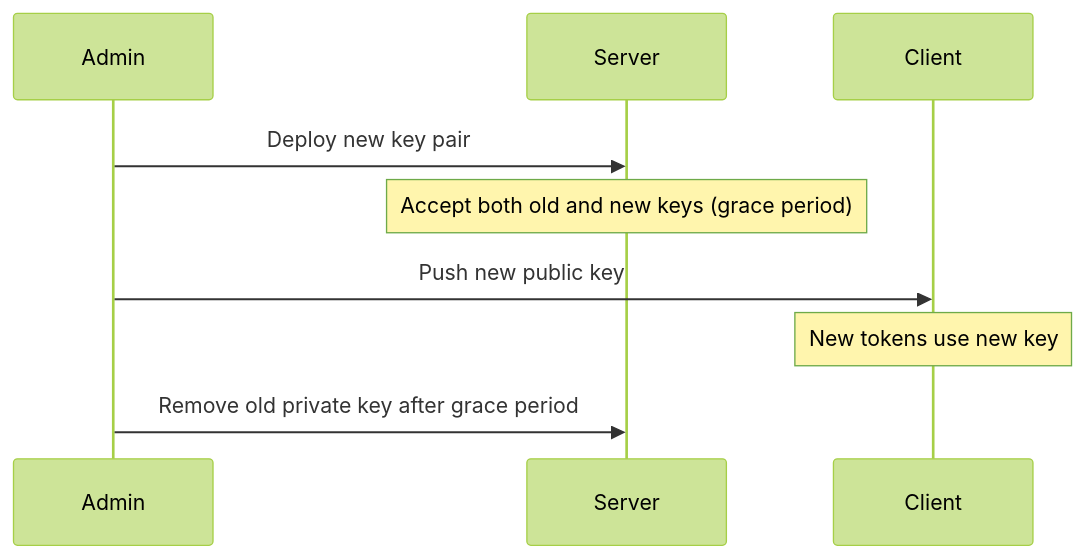
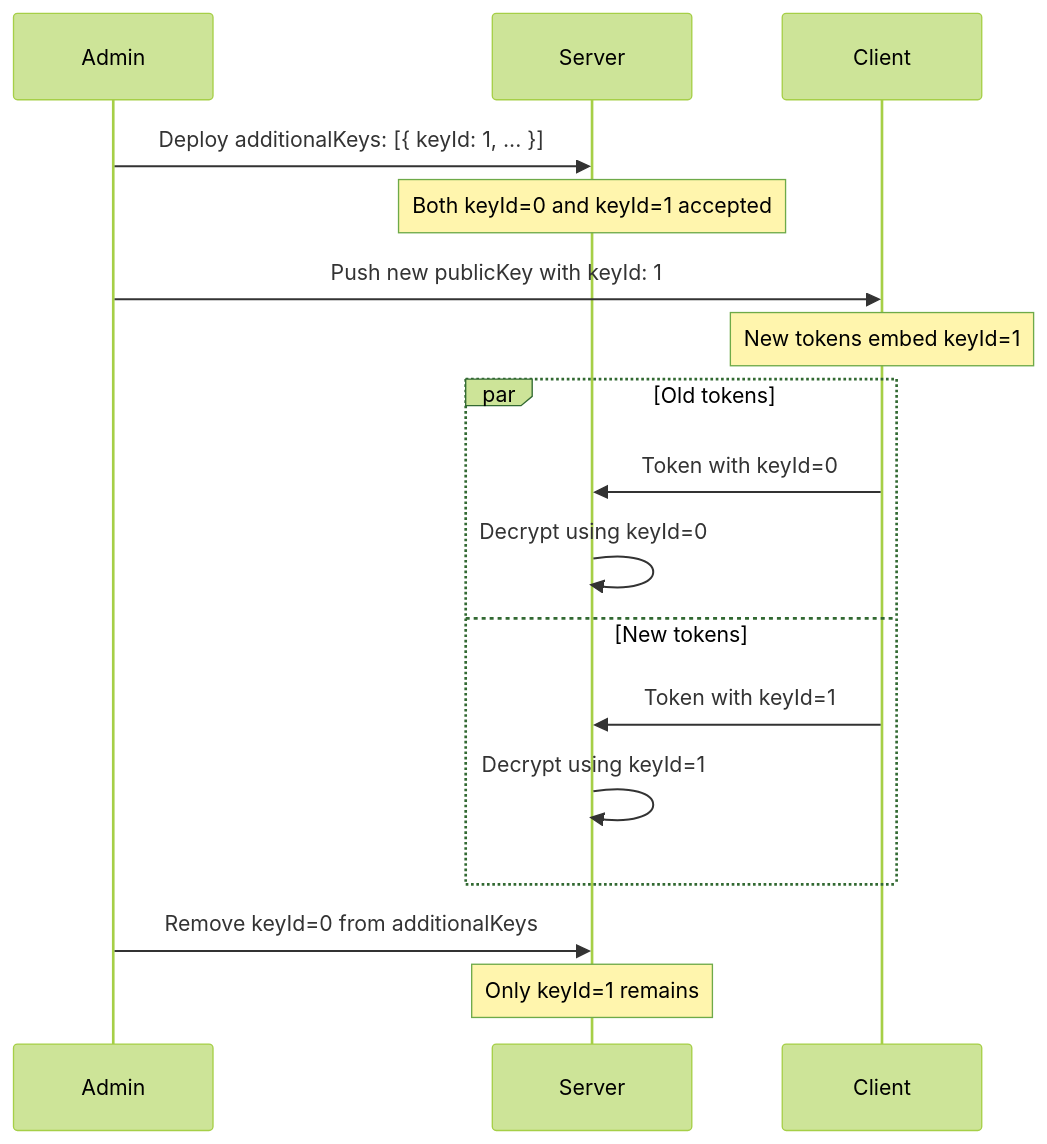
One commit to soysaucem/bolt-fraud changed the diagram in docs/RUNBOOK.md. Above: the diagram before and after it, drawn with Mermaid (forest theme). The commit also changed other lines of this file and 4 other files, not shown here.

````diff
--- a/docs/RUNBOOK.md
+++ b/docs/RUNBOOK.md
@@ -38,12 +40,22 @@
 ```mermaid
 sequenceDiagram
   participant Admin
   participant Server
   participant Client
 
-  Admin->>Server: Deploy new key pair
-  Note over Server: Accept both old and new keys (grace period)
-  Admin->>Client: Push new public key
-  Note over Client: New tokens use new key
-  Admin->>Server: Remove old private key after grace period
+  Admin->>Server: Deploy additionalKeys: [{ keyId: 1, ... }]
+  Note over Server: Both keyId=0 and keyId=1 accepted
+  Admin->>Client: Push new publicKey with keyId: 1
+  Note over Client: New tokens embed keyId=1
+
+  par Old tokens
+    Client->>Server: Token with keyId=0
+    Server->>Server: Decrypt using keyId=0
+  and New tokens
+    Client->>Server: Token with keyId=1
+    Server->>Server: Decrypt using keyId=1
+  end
+
+  Admin->>Server: Remove keyId=0 from additionalKeys
+  Note over Server: Only keyId=1 remains
 ```
````
